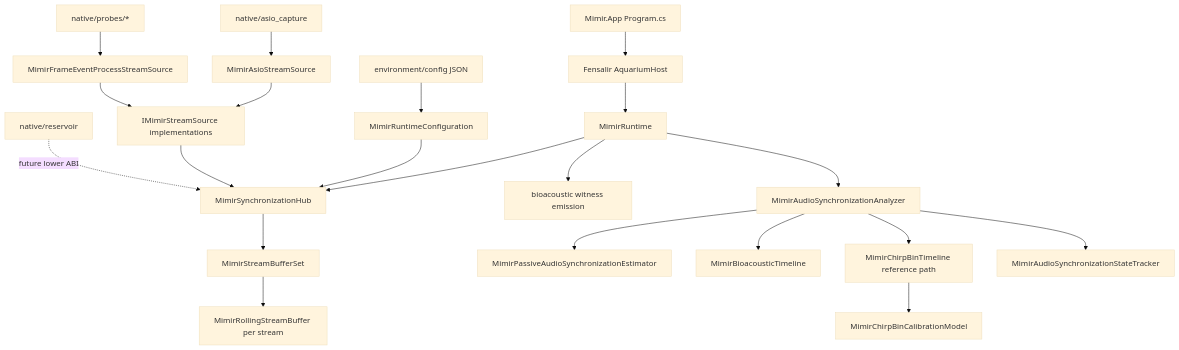
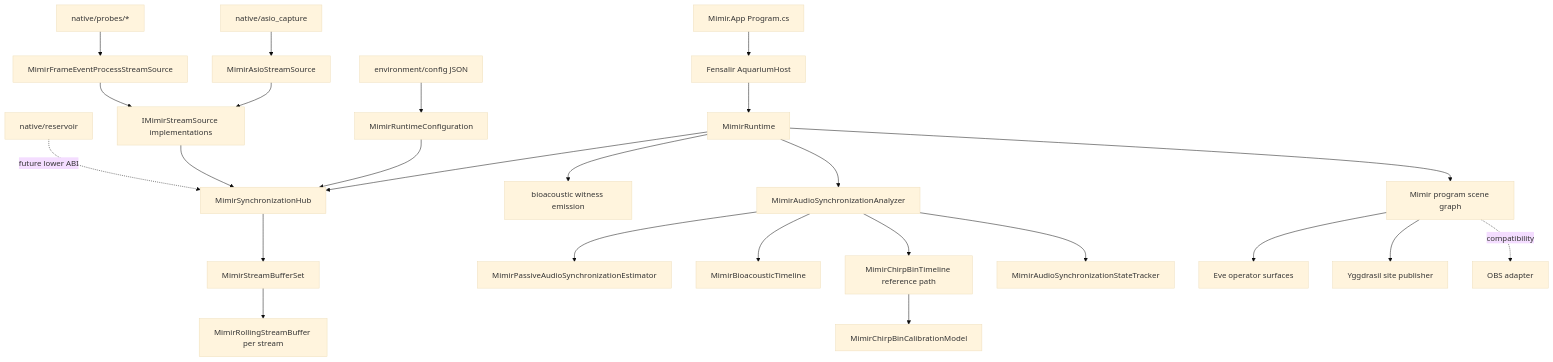
The diagram in docs/code-algorithm-map.md (GameCult/Mimir), drawn with Mermaid (base theme) before and after one commit. The commit also changed other lines of this file and 22 other files, not shown here.

Commit message:
Move program composition authority into Mimir

````diff
--- a/docs/code-algorithm-map.md
+++ b/docs/code-algorithm-map.md
@@ -65,23 +72,27 @@
 ```mermaid
 flowchart TD
     App["Mimir.App Program.cs"] --> Host["Fensalir AquariumHost"]
     Host --> Runtime["MimirRuntime"]
     Runtime --> Hub["MimirSynchronizationHub"]
     Config["MimirRuntimeConfiguration"] --> Hub
     Env["environment/config JSON"] --> Config
     Sources["IMimirStreamSource implementations"] --> Hub
     Hub --> Buffers["MimirStreamBufferSet"]
     Buffers --> Rolling["MimirRollingStreamBuffer per stream"]
     Runtime --> AudioEmit["bioacoustic witness emission"]
     Runtime --> Analyzer["MimirAudioSynchronizationAnalyzer"]
     Analyzer --> Passive["MimirPassiveAudioSynchronizationEstimator"]
     Analyzer --> Bioacoustic["MimirBioacousticTimeline"]
     Analyzer --> ChirpBin["MimirChirpBinTimeline reference path"]
     ChirpBin --> Calibration["MimirChirpBinCalibrationModel"]
     Analyzer --> State["MimirAudioSynchronizationStateTracker"]
     NativeAsio["native/asio_capture"] --> AsioSource["MimirAsioStreamSource"]
     AsioSource --> Sources
     Probes["native/probes/*"] --> FrameEvents["MimirFrameEventProcessStreamSource"]
     FrameEvents --> Sources
+    Runtime --> Scene["Mimir program scene graph"]
+    Scene --> Eve["Eve operator surfaces"]
+    Scene --> Publisher["Yggdrasil site publisher"]
+    Scene -. "compatibility" .-> Obs["OBS adapter"]
     Reservoir["native/reservoir"] -. "future lower ABI" .-> Hub
 ```
````
